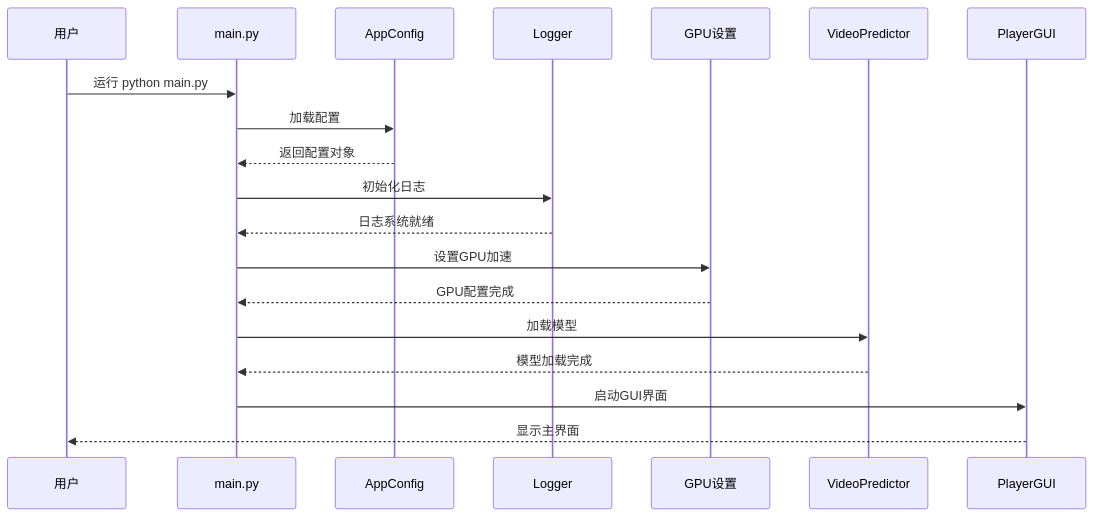
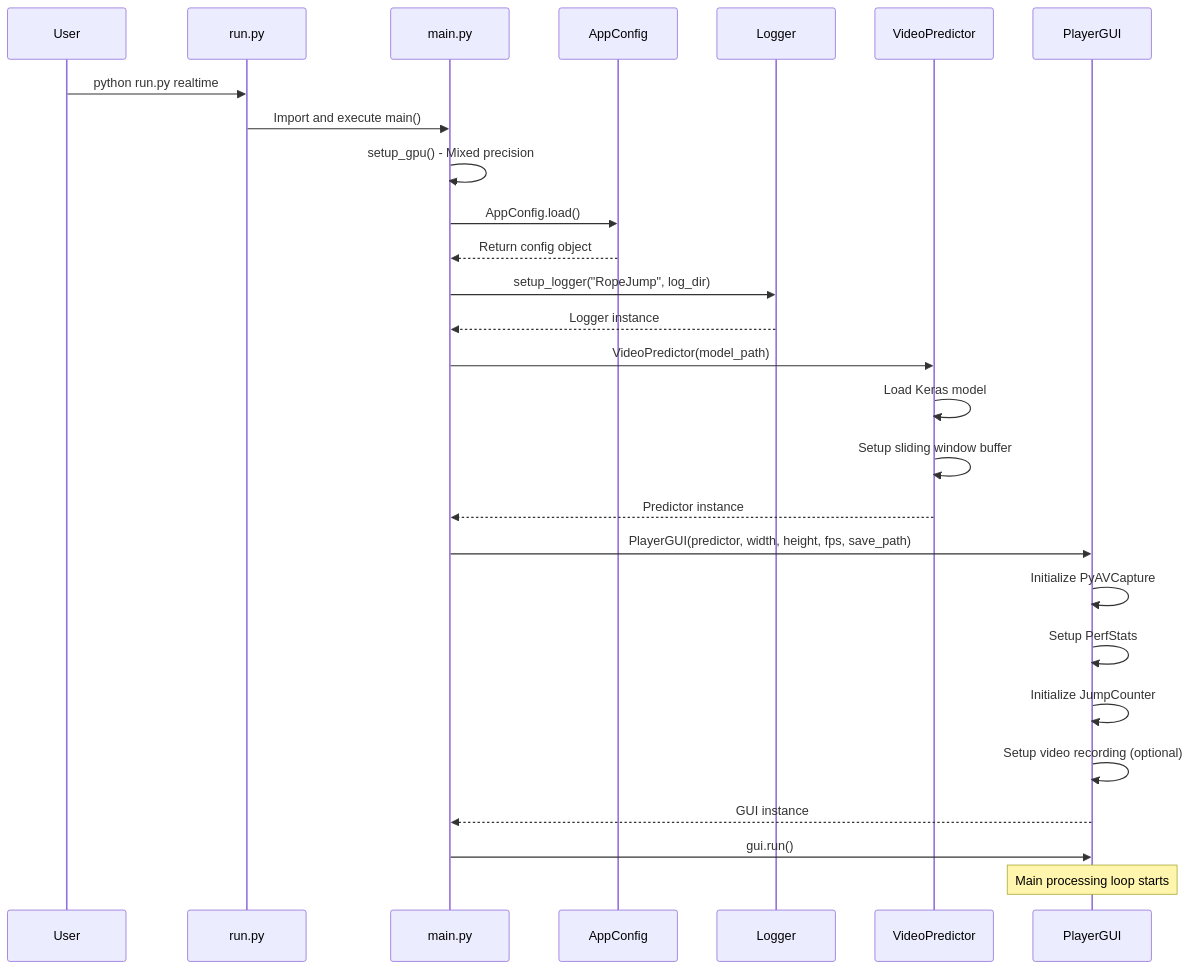
Before and after one commit to franciszero/RopeJumpCounter: the second of 9 diagrams in docs/SEQUENCE_DIAGRAM.md, drawn with Mermaid. The commit also changed other lines of this file and 289 other files, not shown here.

````diff
--- a/docs/SEQUENCE_DIAGRAM.md
+++ b/docs/SEQUENCE_DIAGRAM.md
@@ -5,26 +56,36 @@
 ```mermaid
 sequenceDiagram
-    participant User as 用户
+    participant User as User
+    participant Run as run.py
     participant Main as main.py
-    participant Config as AppConfig
+    participant AppConfig as AppConfig
     participant Logger as Logger
-    participant GPU as GPU设置
     participant Predictor as VideoPredictor
     participant GUI as PlayerGUI
     
-    User->>Main: 运行 python main.py
-    Main->>Config: 加载配置
-    Config-->>Main: 返回配置对象
+    User->>Run: python run.py realtime
+    Run->>Main: Import and execute main()
+    Main->>Main: setup_gpu() - Mixed precision
     
-    Main->>Logger: 初始化日志
-    Logger-->>Main: 日志系统就绪
+    Main->>AppConfig: AppConfig.load()
+    AppConfig-->>Main: Return config object
     
-    Main->>GPU: 设置GPU加速
-    GPU-->>Main: GPU配置完成
+    Main->>Logger: setup_logger("RopeJump", log_dir)
+    Logger-->>Main: Logger instance
     
-    Main->>Predictor: 加载模型
-    Predictor-->>Main: 模型加载完成
+    Main->>Predictor: VideoPredictor(model_path)
+    Predictor->>Predictor: Load Keras model
+    Predictor->>Predictor: Setup sliding window buffer
+    Predictor-->>Main: Predictor instance
     
-    Main->>GUI: 启动GUI界面
-    GUI-->>User: 显示主界面
+    Main->>GUI: PlayerGUI(predictor, width, height, fps, save_path)
+    GUI->>GUI: Initialize PyAVCapture
+    GUI->>GUI: Setup PerfStats
+    GUI->>GUI: Initialize JumpCounter
+    GUI->>GUI: Setup video recording (optional)
+    GUI-->>Main: GUI instance
+    
+    Main->>GUI: gui.run()
+    
+    Note over GUI: Main processing loop starts
 ```
````
